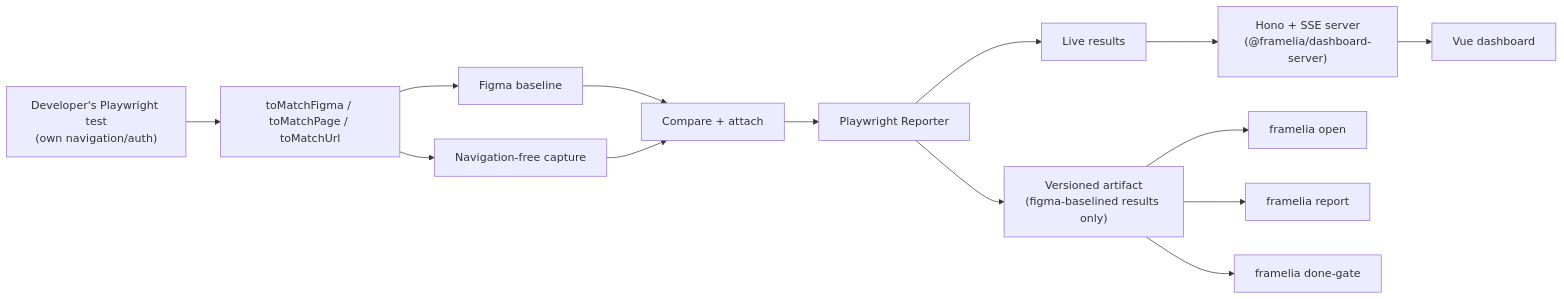
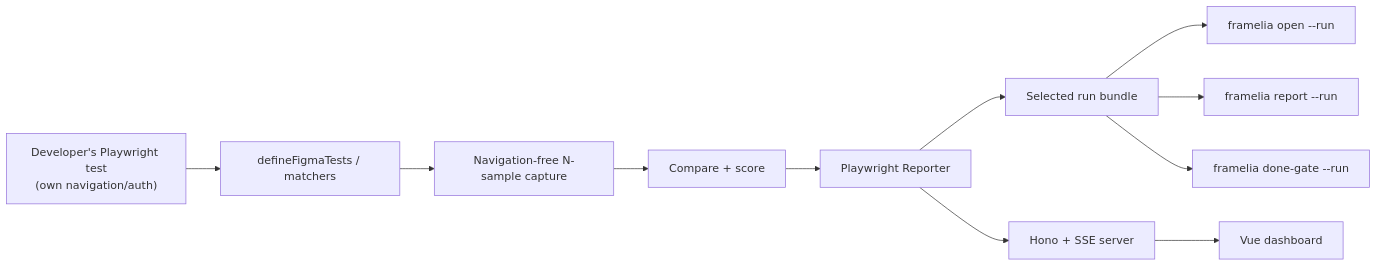
Before and after one commit to hungify/framelia: the first of 2 diagrams in README.md, drawn with Mermaid. The commit also changed other lines of this file and 95 other files, not shown here.

Commit message:
feat(playwright,verify): execute pinned Figma contracts with verified identity, publish immutable run bundles

````diff
--- a/README.md
+++ b/README.md
@@ -13,18 +13,13 @@
 ```mermaid
 flowchart LR
-  Dev["Developer's Playwright test<br/>(own navigation/auth)"] --> Matcher["toMatchFigma / toMatchPage / toMatchUrl"]
-  Matcher --> Figma["Figma baseline"]
-  Matcher --> Capture["Navigation-free capture"]
-  Figma --> Pipeline["Compare + attach"]
-  Capture --> Pipeline
-  Pipeline --> Reporter["Playwright Reporter"]
-
-  Reporter --> Events["Live results"]
-  Events --> Server["Hono + SSE server<br/>(@framelia/dashboard-server)"]
+  Dev["Developer's Playwright test<br/>(own navigation/auth)"] --> Matcher["defineFigmaTests / matchers"]
+  Matcher --> Capture["Navigation-free N-sample capture"]
+  Capture --> Compare["Compare + score"]
+  Compare --> Reporter["Playwright Reporter"]
+  Reporter --> Run["Selected run bundle"]
+  Reporter --> Server["Hono + SSE server"]
   Server --> Dashboard["Vue dashboard"]
-  Reporter --> Artifact["Versioned artifact<br/>(figma-baselined results only)"]
-
-  Artifact --> Open["framelia open"]
-  Artifact --> Report["framelia report"]
-  Artifact --> DoneGate["framelia done-gate"]
+  Run --> Open["framelia open --run"]
+  Run --> Report["framelia report --run"]
+  Run --> DoneGate["framelia done-gate --run"]
 ```
````
